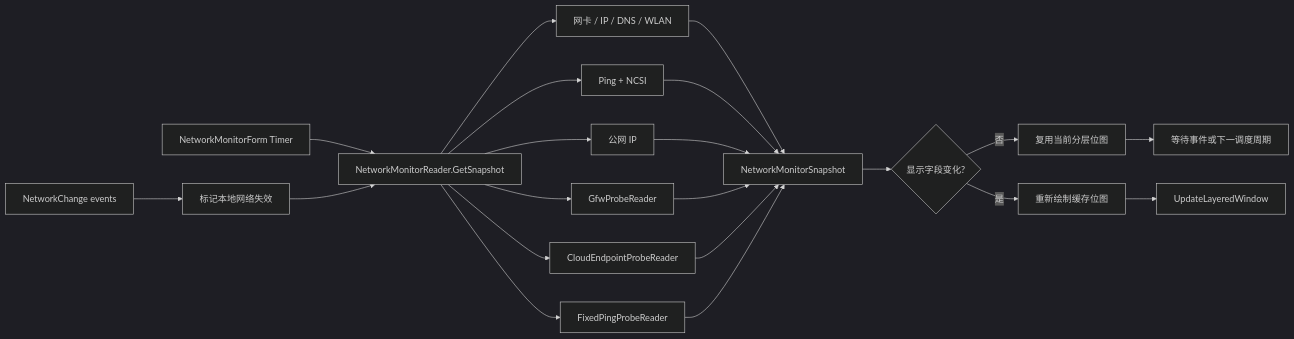
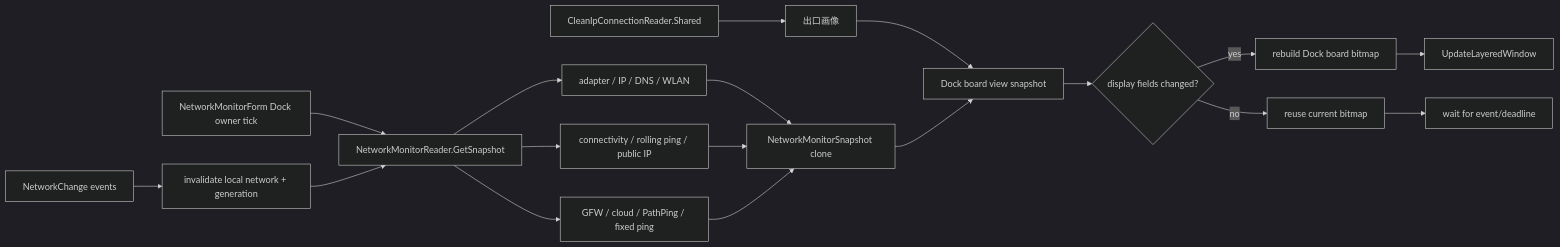
The diagram in Docs/NetworkMonitor-Architecture.md (AFT-Sakee01/DesktopCodexAssistant), drawn with Mermaid (dark theme) before and after one commit. The commit also changed other lines of this file and 131 other files, not shown here.

````diff
--- a/Docs/NetworkMonitor-Architecture.md
+++ b/Docs/NetworkMonitor-Architecture.md
@@ -50,23 +32,20 @@
 ```mermaid
 flowchart LR
-    Timer["NetworkMonitorForm Timer"] --> Reader["NetworkMonitorReader.GetSnapshot"]
-    NetEvent["NetworkChange events"] --> Invalid["标记本地网络失效"]
-    Invalid --> Reader
-    Reader --> Local["网卡 / IP / DNS / WLAN"]
-    Reader --> Connectivity["Ping + NCSI"]
-    Reader --> PublicIP["公网 IP"]
-    Reader --> GFW["GfwProbeReader"]
-    Reader --> Cloud["CloudEndpointProbeReader"]
-    Reader --> FixedPing["FixedPingProbeReader"]
-    Local --> Snapshot["NetworkMonitorSnapshot"]
-    Connectivity --> Snapshot
-    PublicIP --> Snapshot
-    GFW --> Snapshot
-    Cloud --> Snapshot
-    FixedPing --> Snapshot
-    Snapshot --> Compare{"显示字段变化?"}
-    Compare -- "否" --> Keep["复用当前分层位图"]
-    Compare -- "是" --> Draw["重新绘制缓存位图"]
-    Draw --> Layered["UpdateLayeredWindow"]
-    Keep --> Wait["等待事件或下一调度周期"]
+    A["NetworkMonitorForm Dock owner tick"] --> B["NetworkMonitorReader.GetSnapshot"]
+    C["NetworkChange events"] --> D["invalidate local network + generation"]
+    D --> B
+    B --> E["adapter / IP / DNS / WLAN"]
+    B --> F["connectivity / rolling ping / public IP"]
+    B --> G["GFW / cloud / PathPing / fixed ping"]
+    H["CleanIpConnectionReader.Shared"] --> I["出口画像"]
+    E --> J["NetworkMonitorSnapshot clone"]
+    F --> J
+    G --> J
+    I --> K["Dock board view snapshot"]
+    J --> K
+    K --> L{"display fields changed?"}
+    L -- "yes" --> M["rebuild Dock board bitmap"]
+    L -- "no" --> N["reuse current bitmap"]
+    M --> O["UpdateLayeredWindow"]
+    N --> P["wait for event/deadline"]
 ```
````
